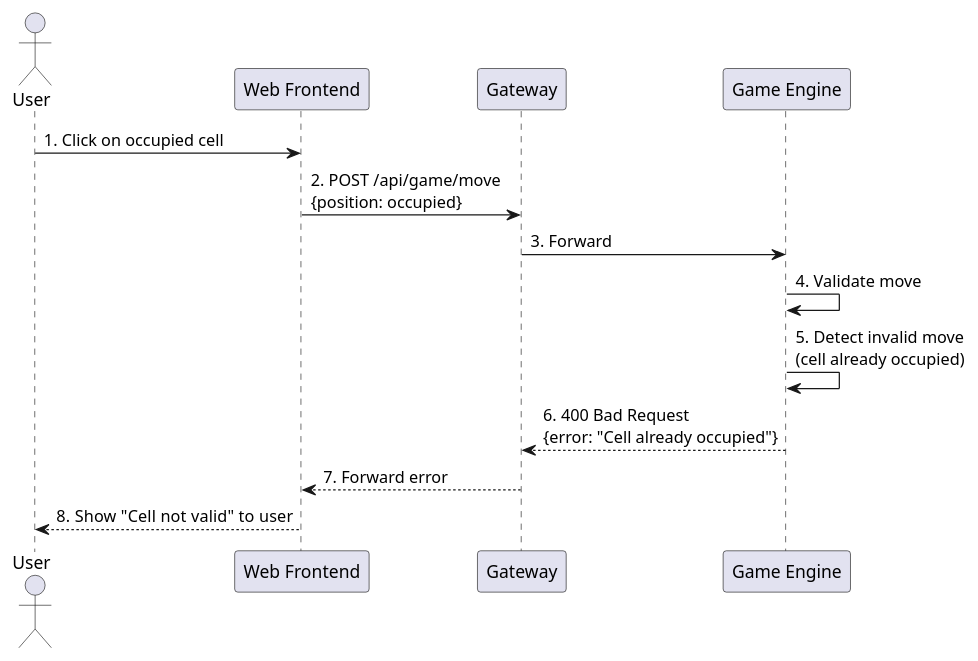
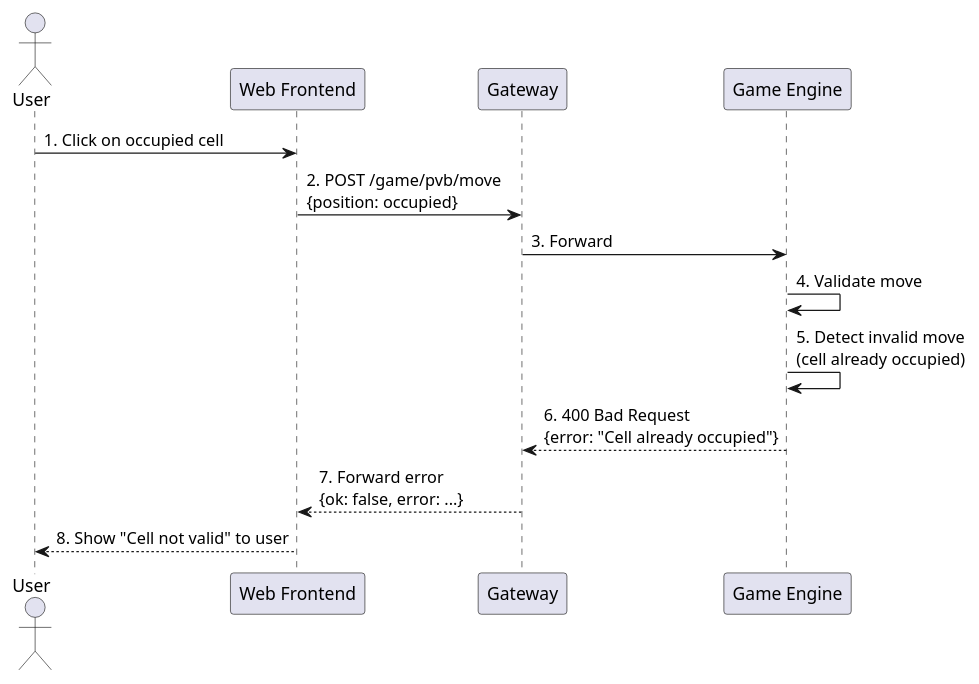
One commit to Arquisoft/yovi_en2c changed the fifth of 7 diagrams in docs/src/06_runtime_view.adoc. Above: the diagram before and after it, drawn with PlantUML. The commit also changed other lines of this file, not shown here.

Commit message:
Rewrite Scenario 1 to include the Authentication Service as an intermediate participant between gateway and users service. Add Scenario 4.4 for expired/invalid JWT token handling and correct game result route to /gameresult.

```diff
--- a/docs/src/06_runtime_view.adoc
+++ b/docs/src/06_runtime_view.adoc
@@ -320,20 +274,20 @@
 [plantuml,"Invalid Move",png]
 ----
 @startuml
 actor "User" as User
 participant "Web Frontend" as Webapp
 participant "Gateway" as Gateway
 participant "Game Engine" as Gamey
 
 User -> Webapp: 1. Click on occupied cell
-Webapp -> Gateway: 2. POST /api/game/move\n{position: occupied}
+Webapp -> Gateway: 2. POST /game/pvb/move\n{position: occupied}
 Gateway -> Gamey: 3. Forward
 
 Gamey -> Gamey: 4. Validate move
 Gamey -> Gamey: 5. Detect invalid move\n(cell already occupied)
 
 Gamey --> Gateway: 6. 400 Bad Request\n{error: "Cell already occupied"}
-Gateway --> Webapp: 7. Forward error
-Webapp --> User: 8. Show  "Cell not valid" to user
+Gateway --> Webapp: 7. Forward error\n{ok: false, error: ...}
+Webapp --> User: 8. Show "Cell not valid" to user
 @enduml
 ----
```
